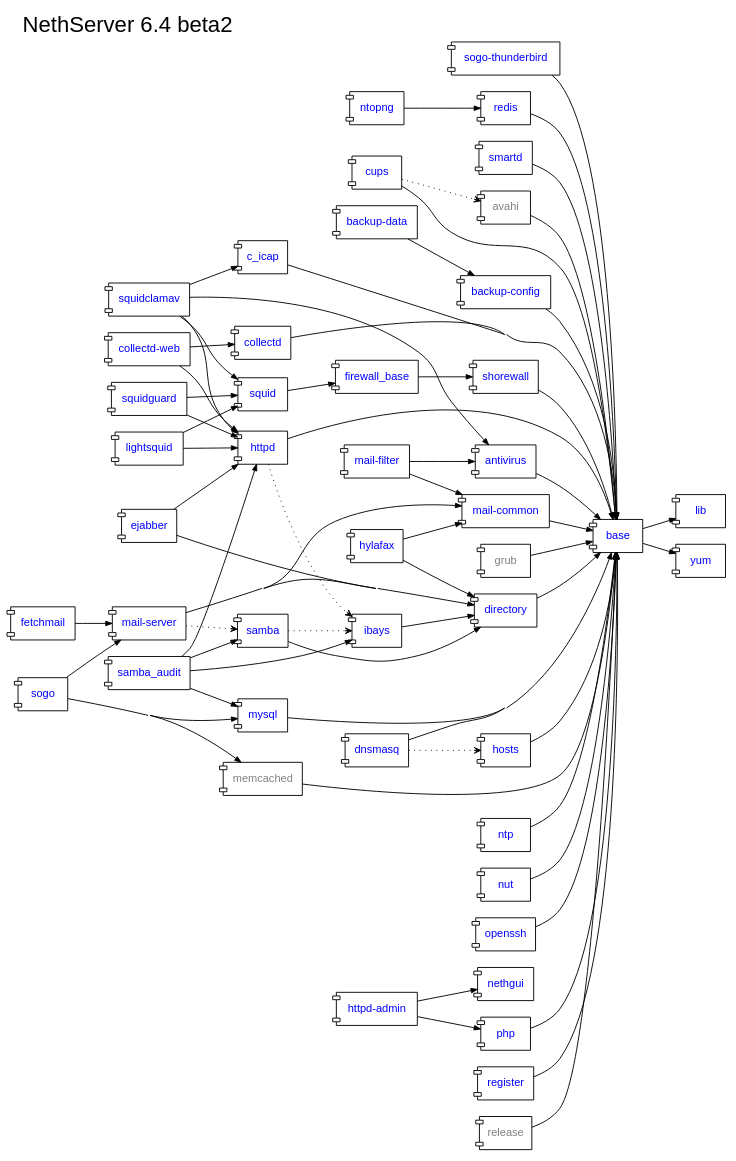
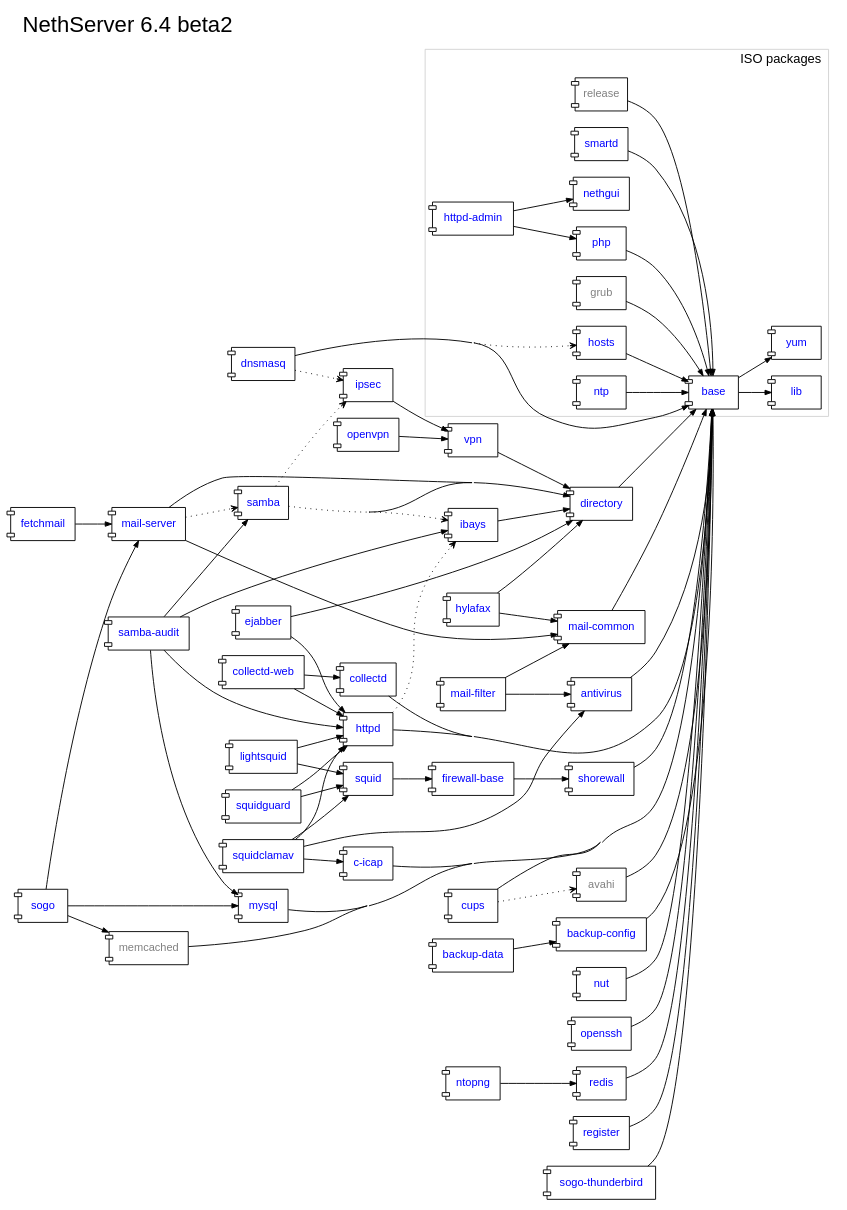
One commit to nethesis/dev-nethesis-it changed the diagram in nethserver/package-dependencies.dot. Above: the diagram before and after it, drawn with Graphviz. The commit also changed 1 other file, not shown here.

Commit message:
Release 6.4 beta2

```diff
--- a/nethserver/package-dependencies.dot
+++ b/nethserver/package-dependencies.dot
@@ -1,127 +1,148 @@
 digraph "v6.4-beta2" {
 	rankdir = "LR";
 	compound = true;
 	concentrate = true;
 	label="NethServer 6.4 beta2";
 	fontsize = 24.0
 	labelloc = "t";
 	labeljust = "l";
 	fontname="sans-serif";
 	
 
-    node [shape="component",fontname="sans-serif",fontcolor=blue,fontsize=12.0];
-    edge [arrowsize=0.7];
+	node [shape="component",fontname="sans-serif",fontcolor=blue,fontsize=12.0];
+	edge [arrowsize=0.7];
 
-    antivirus [URL="http://dev.nethesis.it/projects/nethserver/wiki/nethserver-antivirus"];
-    avahi [fontcolor=gray];
-    backup_config [label="backup-config",URL="http://dev.nethesis.it/projects/nethserver/wiki/nethserver-backup"];
-    backup_data [label="backup-data",URL="http://dev.nethesis.it/projects/nethserver/wiki/nethserver-backup"];   
-    base [URL="http://dev.nethesis.it/projects/nethserver/wiki/nethserver-base"];
-    c_icap [URL="http://dev.nethesis.it/projects/nethserver/wiki/nethserver-c-icap"];
-    collectd [URL="http://dev.nethesis.it/projects/nethserver/wiki/nethserver-collectd"];
-    collectd_web [label="collectd-web",URL="http://dev.nethesis.it/projects/nethserver/wiki/nethserver-collectd-web"];
-    cups [URL="http://dev.nethesis.it/projects/nethserver-cups/wiki/nethserver-cups"];
-    directory [URL="http://dev.nethesis.it/projects/nethserver/wiki/nethserver-directory"];
-    dnsmasq [URL="http://dev.nethesis.it/projects/nethserver/wiki/nethserver-dnsmasq"];
-    ejabber [URL="http://dev.nethesis.it/projects/nethserver-ejabberd/wiki/nethserver-ejabberd"];
-    fetchmail [URL="http://dev.nethesis.it/projects/nethserver-fetchmail/wiki/nethserver-fetchmail"];
-    firewall_base [URL="http://dev.nethesis.it/projects/nethserver-ejabberd/wiki/nethserver-firewall-base"];
-    grub [fontcolor=gray];
-    hosts [URL="http://dev.nethesis.it/projects/nethserver/wiki/nethserver-hosts"];
-    httpd_admin [label="httpd-admin",URL="http://dev.nethesis.it/projects/nethserver/wiki/nethserver-httpd-admin"];
-    httpd [URL="http://dev.nethesis.it/projects/nethserver/wiki/nethserver-httpd"];
-    hylafax [URL="http://dev.nethesis.it/projects/nethserver-hylafax/wiki/nethserver-hylafax"];
-    ibays [URL="http://dev.nethesis.it/projects/nethserver/wiki/nethserver-ibays"];
-    lib [URL="http://dev.nethesis.it/projects/nethserver/wiki/nethserver-lib"];
-    lightsquid [URL="http://dev.nethesis.it/projects/nethserver/wiki/nethserver-lightsquid"];
-    mail_common [label="mail-common",URL="http://dev.nethesis.it/projects/nethserver/wiki/nethserver-mail-common"];
-    mail_filter [label="mail-filter",URL="http://dev.nethesis.it/projects/nethserver/wiki/nethserver-mail-filter"];
-    mail_server [label="mail-server",URL="http://dev.nethesis.it/projects/nethserver/wiki/nethserver-mail-server"];
-    memcached [fontcolor=gray];
-    mysql [URL="http://dev.nethesis.it/projects/nethserver/wiki/nethserver-mysql"];
-    nethgui [URL="http://dev.nethesis.it/projects/nethgui"];
-    ntp [URL="http://dev.nethesis.it/projects/nethserver/wiki/nethserver-ntp"];
-    ntopng [URL="http://dev.nethesis.it/projects/nethserver/wiki/nethserver-ntopng"];
-    nut [URL="http://dev.nethesis.it/projects/nethserver/wiki/nethserver-nut"];
-    openssh [URL="http://dev.nethesis.it/projects/nethserver/wiki/nethserver-openssh"];
-    php [URL="http://dev.nethesis.it/projects/nethserver/wiki/nethserver-php"];
-    redis [URL="http://dev.nethesis.it/projects/nethserver/wiki/nethserver-redis"];
-    register [URL="http://dev.nethesis.it/projects/nethserver/wiki/nethserver-register"];
-    release [fontcolor=gray];
-    samba [URL="http://dev.nethesis.it/projects/nethserver/wiki/nethserver-samba"];
-    samba_audit [URL="http://dev.nethesis.it/projects/nethserver/wiki/nethserver-samba-audit"];
-    sogo [URL="https://dev.nethesis.it/projects/nethserver/wiki/nethserver-sogo"];
-    sogo_thunderbird [label="sogo-thunderbird",URL="https://dev.nethesis.it/projects/nethserver/wiki/nethserver-sogo-thunderbird"];
-    shorewall [URL="https://dev.nethesis.it/projects/nethserver/wiki/nethserver-shorewall"];        
-    smartd [URL="https://dev.nethesis.it/projects/nethserver/wiki/nethserver-smartd"];    
-    squid [URL="https://dev.nethesis.it/projects/nethserver/wiki/nethserver-squid"];
-    squidclamav [URL="https://dev.nethesis.it/projects/nethserver/wiki/nethserver-squidclamav"];
-    squidguard [URL="https://dev.nethesis.it/projects/nethserver/wiki/nethserver-squidguard"];
-    yum [URL="http://dev.nethesis.it/projects/nethserver/wiki/nethserver-yum"];
-		       
-    base -> lib
-    openssh -> base
-    directory -> base
-    samba -> directory
-    ibays -> directory
-    httpd -> base
-    httpd -> ibays [style=dotted,arrowhead=vee];
-    dnsmasq -> hosts [style=dotted,arrowhead=vee];
-    dnsmasq -> base
-    hosts -> base
-    httpd_admin -> php
-    httpd_admin -> nethgui
-    samba -> ibays [style=dotted,arrowhead=vee];
-    base -> yum
-    ntp -> base
-    php -> base
-    mail_server -> directory
-    mail_server -> mail_common
-    mail_server -> samba [style=dotted,arrowhead=vee];    
-    mail_filter -> mail_common
-    mail_filter -> antivirus
-    mail_common -> base
-    antivirus -> base
-    release -> base
-    grub -> base
-    cups -> base
-    avahi -> base
-    cups -> avahi [style=dotted,arrowhead=vee];
-    ejabber -> directory
-    ejabber -> httpd
-    mysql -> base
-    hylafax -> directory
-    hylafax -> mail_common
-    sogo -> memcached
-    sogo -> mail_server
-    sogo -> mysql
-    sogo_thunderbird -> base
-    memcached -> base
-    collectd -> base
-    collectd_web -> collectd
-    collectd_web -> httpd
-    backup_config -> base
-    backup_data -> backup_config
-    register -> base
-    smartd -> base
-    shorewall -> base
-    firewall_base -> shorewall
-    squid -> firewall_base
-    squidclamav -> squid
-    squidclamav -> antivirus
-    squidclamav -> httpd
-    squidclamav -> c_icap
-    c_icap -> base
-    lightsquid -> squid
-    lightsquid -> httpd
-    nut -> base
-    samba_audit -> ibays
-    samba_audit -> httpd
-    samba_audit -> mysql
-    samba_audit -> samba
-    squidguard -> httpd
-    squidguard -> squid
-    redis -> base
-    ntopng -> redis
-    fetchmail -> mail_server
+	subgraph {
+		antivirus [URL="http://dev.nethesis.it/projects/nethserver/wiki/nethserver-antivirus"];
+		avahi [fontcolor=gray];
+		backup_config [label="backup-config",URL="http://dev.nethesis.it/projects/nethserver/wiki/nethserver-backup"];
+		backup_data [label="backup-data",URL="http://dev.nethesis.it/projects/nethserver/wiki/nethserver-backup"];   
+		c_icap [label="c-icap",URL="http://dev.nethesis.it/projects/nethserver/wiki/nethserver-c-icap"];
+		collectd [URL="http://dev.nethesis.it/projects/nethserver/wiki/nethserver-collectd"];
+		collectd_web [label="collectd-web",URL="http://dev.nethesis.it/projects/nethserver/wiki/nethserver-collectd-web"];
+		cups [URL="http://dev.nethesis.it/projects/nethserver-cups/wiki/nethserver-cups"];
+		directory [URL="http://dev.nethesis.it/projects/nethserver/wiki/nethserver-directory"];
+		dnsmasq [URL="http://dev.nethesis.it/projects/nethserver/wiki/nethserver-dnsmasq"];
+		ejabber [URL="http://dev.nethesis.it/projects/nethserver-ejabberd/wiki/nethserver-ejabberd"];
+		fetchmail [URL="http://dev.nethesis.it/projects/nethserver-fetchmail/wiki/nethserver-fetchmail"];
+		firewall_base [label="firewall-base",URL="http://dev.nethesis.it/projects/nethserver-ejabberd/wiki/nethserver-firewall-base"];
+		httpd [URL="http://dev.nethesis.it/projects/nethserver/wiki/nethserver-httpd"];
+		hylafax [URL="http://dev.nethesis.it/projects/nethserver-hylafax/wiki/nethserver-hylafax"];
+		ibays [URL="http://dev.nethesis.it/projects/nethserver/wiki/nethserver-ibays"];
+		ipsec [URL="http://dev.nethesis.it/projects/nethserver/wiki/nethserver-ipsec"];    
+		lightsquid [URL="http://dev.nethesis.it/projects/nethserver/wiki/nethserver-lightsquid"];
+		mail_common [label="mail-common",URL="http://dev.nethesis.it/projects/nethserver/wiki/nethserver-mail-common"];
+		mail_filter [label="mail-filter",URL="http://dev.nethesis.it/projects/nethserver/wiki/nethserver-mail-filter"];
+		mail_server [label="mail-server",URL="http://dev.nethesis.it/projects/nethserver/wiki/nethserver-mail-server"];
+		memcached [fontcolor=gray];
+		mysql [URL="http://dev.nethesis.it/projects/nethserver/wiki/nethserver-mysql"];
+		ntopng [URL="http://dev.nethesis.it/projects/nethserver/wiki/nethserver-ntopng"];
+		nut [URL="http://dev.nethesis.it/projects/nethserver/wiki/nethserver-nut"];
+		openssh [URL="http://dev.nethesis.it/projects/nethserver/wiki/nethserver-openssh"];
+		openvpn [URL="http://dev.nethesis.it/projects/nethserver/wiki/nethserver-openvpn"];
+		redis [URL="http://dev.nethesis.it/projects/nethserver/wiki/nethserver-redis"];
+		register [URL="http://dev.nethesis.it/projects/nethserver/wiki/nethserver-register"];
+		samba [URL="http://dev.nethesis.it/projects/nethserver/wiki/nethserver-samba"];
+		samba_audit [label="samba-audit",URL="http://dev.nethesis.it/projects/nethserver/wiki/nethserver-samba-audit"];
+		shorewall [URL="https://dev.nethesis.it/projects/nethserver/wiki/nethserver-shorewall"];        
+		sogo [URL="https://dev.nethesis.it/projects/nethserver/wiki/nethserver-sogo"];
+		sogo_thunderbird [label="sogo-thunderbird",URL="https://dev.nethesis.it/projects/nethserver/wiki/nethserver-sogo-thunderbird"];
+		squid [URL="https://dev.nethesis.it/projects/nethserver/wiki/nethserver-squid"];
+		squidclamav [URL="https://dev.nethesis.it/projects/nethserver/wiki/nethserver-squidclamav"];
+		squidguard [URL="https://dev.nethesis.it/projects/nethserver/wiki/nethserver-squidguard"];
+		vpn [URL="http://dev.nethesis.it/projects/nethserver/wiki/nethserver-vpn"];
+		
+		subgraph cluster_iso {
+			label="ISO packages"
+			color=lightgray
+			labelloc = "t";
+			labeljust = "r";
+			fontsize = 14.0
+			base [URL="http://dev.nethesis.it/projects/nethserver/wiki/nethserver-base"];
+			grub [fontcolor=gray];
+			hosts [URL="http://dev.nethesis.it/projects/nethserver/wiki/nethserver-hosts"];			
+			httpd_admin [label="httpd-admin",URL="http://dev.nethesis.it/projects/nethserver/wiki/nethserver-httpd-admin"];
+			lib [URL="http://dev.nethesis.it/projects/nethserver/wiki/nethserver-lib"];
+			nethgui [URL="http://dev.nethesis.it/projects/nethgui"];
+			ntp [URL="http://dev.nethesis.it/projects/nethserver/wiki/nethserver-ntp"];
+			php [URL="http://dev.nethesis.it/projects/nethserver/wiki/nethserver-php"];			
+			release [fontcolor=gray];
+			smartd [URL="https://dev.nethesis.it/projects/nethserver/wiki/nethserver-smartd"];
+			yum [URL="http://dev.nethesis.it/projects/nethserver/wiki/nethserver-yum"];
+		}
+	}
+
+	
+	antivirus -> base
+	avahi -> base
+	backup_config -> base
+	backup_data -> backup_config
+	base -> lib
+	base -> yum
+	c_icap -> base
+	collectd -> base
+	collectd_web -> collectd
+	collectd_web -> httpd
+	cups -> base
+	directory -> base
+	dnsmasq -> base
+	ejabber -> directory
+	ejabber -> httpd
+	fetchmail -> mail_server
+	firewall_base -> shorewall
+	grub -> base
+	hosts -> base
+	httpd -> base
+	httpd_admin -> nethgui
+	httpd_admin -> php
+	hylafax -> directory
+	hylafax -> mail_common
+	ibays -> directory
+	ipsec -> vpn
+	lightsquid -> httpd
+	lightsquid -> squid
+	mail_common -> base
+	mail_filter -> antivirus
+	mail_filter -> mail_common
+	mail_server -> directory
+	mail_server -> mail_common
+	memcached -> base
+	mysql -> base
+	ntopng -> redis
+	ntp -> base
+	nut -> base
+	openssh -> base
+	openvpn -> vpn
+	php -> base
+	redis -> base
+	register -> base
+	release -> base
+	samba -> directory
+	samba_audit -> httpd
+	samba_audit -> ibays
+	samba_audit -> mysql
+	samba_audit -> samba
+	shorewall -> base
+	smartd -> base
+	sogo -> mail_server
+	sogo -> memcached
+	sogo -> mysql
+	sogo_thunderbird -> base
+	squid -> firewall_base
+	squidclamav -> antivirus
+	squidclamav -> c_icap
+	squidclamav -> httpd
+	squidclamav -> squid
+	squidguard -> httpd
+	squidguard -> squid
+	vpn -> directory
+
+	cups -> avahi [style=dotted,arrowhead=vee];
+	dnsmasq -> hosts [style=dotted,arrowhead=vee];
+	dnsmasq -> ipsec [style=dotted,arrowhead=vee];    
+	httpd -> ibays [style=dotted,arrowhead=vee];
+	mail_server -> samba [style=dotted,arrowhead=vee];    
+	samba -> ibays [style=dotted,arrowhead=vee];
+	samba -> ipsec [style=dotted,arrowhead=vee];   
+	
 }
```
